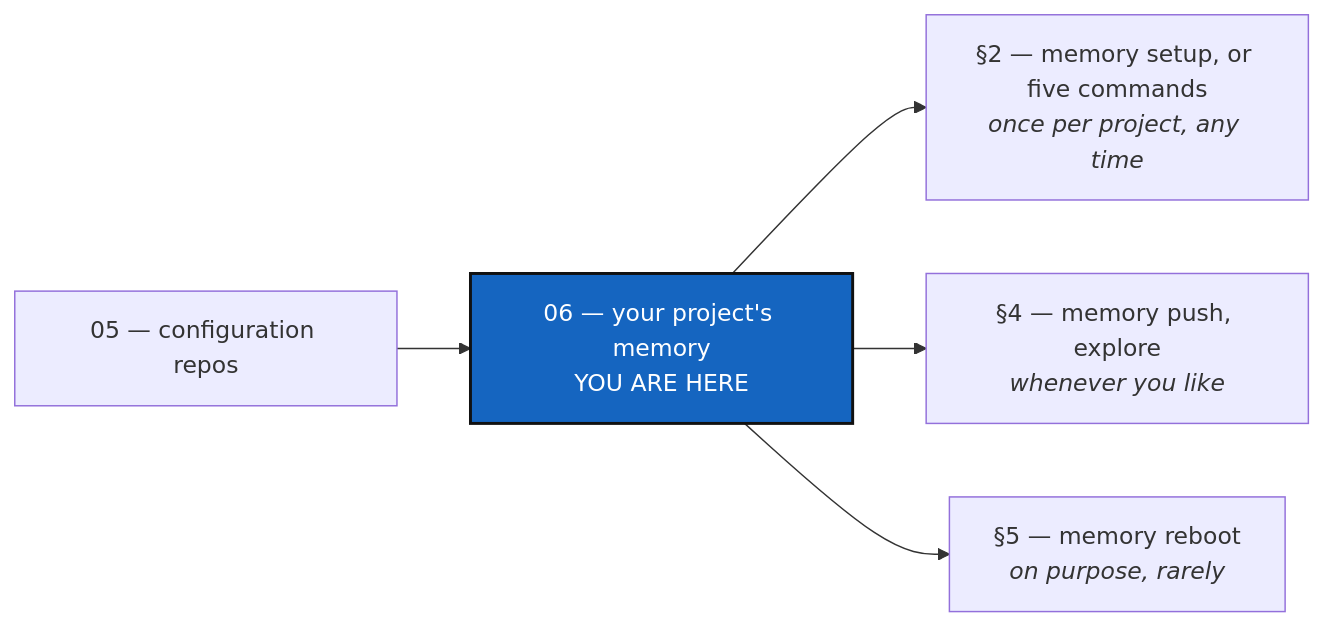
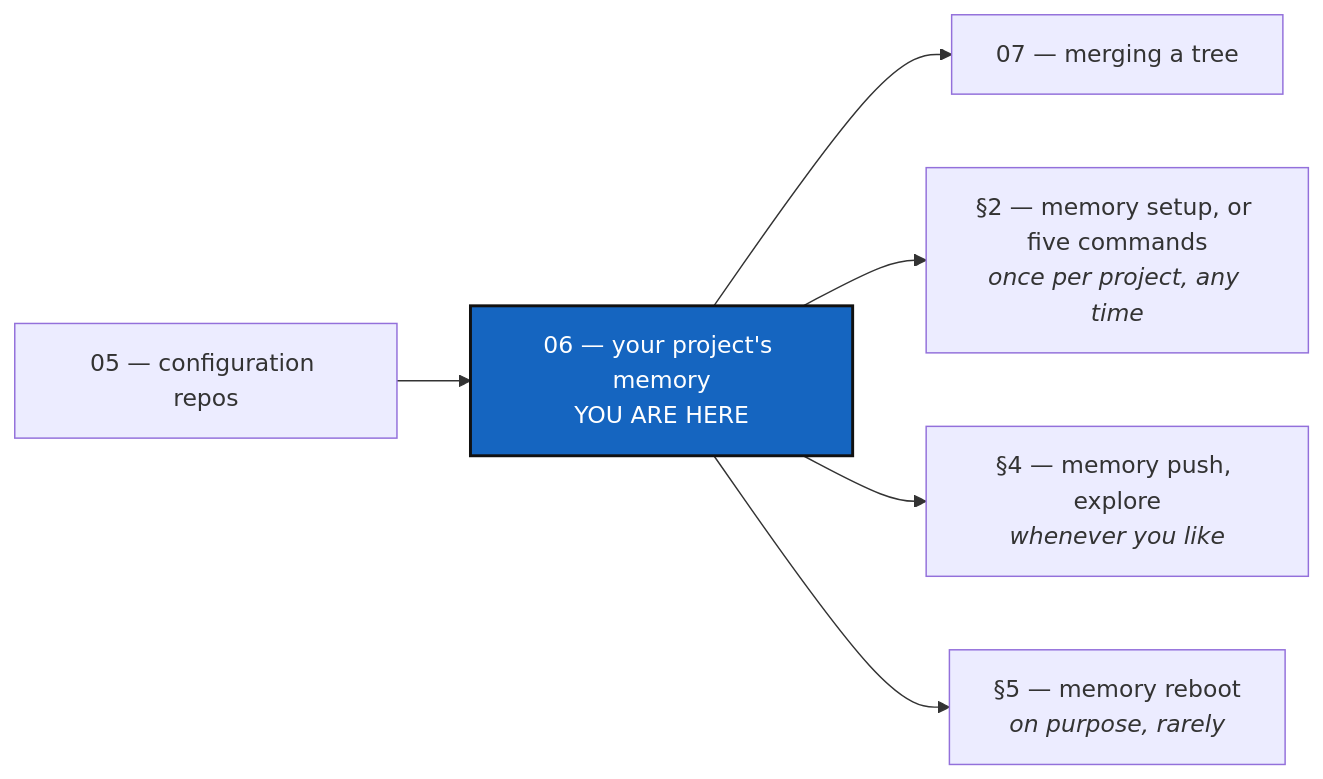
Before and after one commit to flipoyo/ComplexGitSync: the diagram in tutorials/06_memory.md, drawn with Mermaid. The commit also changed other lines of this file and 18 other files, not shown here.

````diff
--- a/tutorials/06_memory.md
+++ b/tutorials/06_memory.md
@@ -34,10 +34,11 @@
 ```mermaid
 graph LR
     T5["05 — configuration repos"] --> T6["06 — your project's memory<br/>YOU ARE HERE"]
+    T6 --> T7["07 — merging a tree"]
     T6 --> ONCE["§2 — memory setup, or five commands<br/><i>once per project, any time</i>"]
     T6 --> DAILY["§4 — memory push, explore<br/><i>whenever you like</i>"]
     T6 --> REBOOT["§5 — memory reboot<br/><i>on purpose, rarely</i>"]
 
     classDef here fill:#1565C0,color:#fff,stroke:#111,stroke-width:2px;
     class T6 here;
 ```
````
